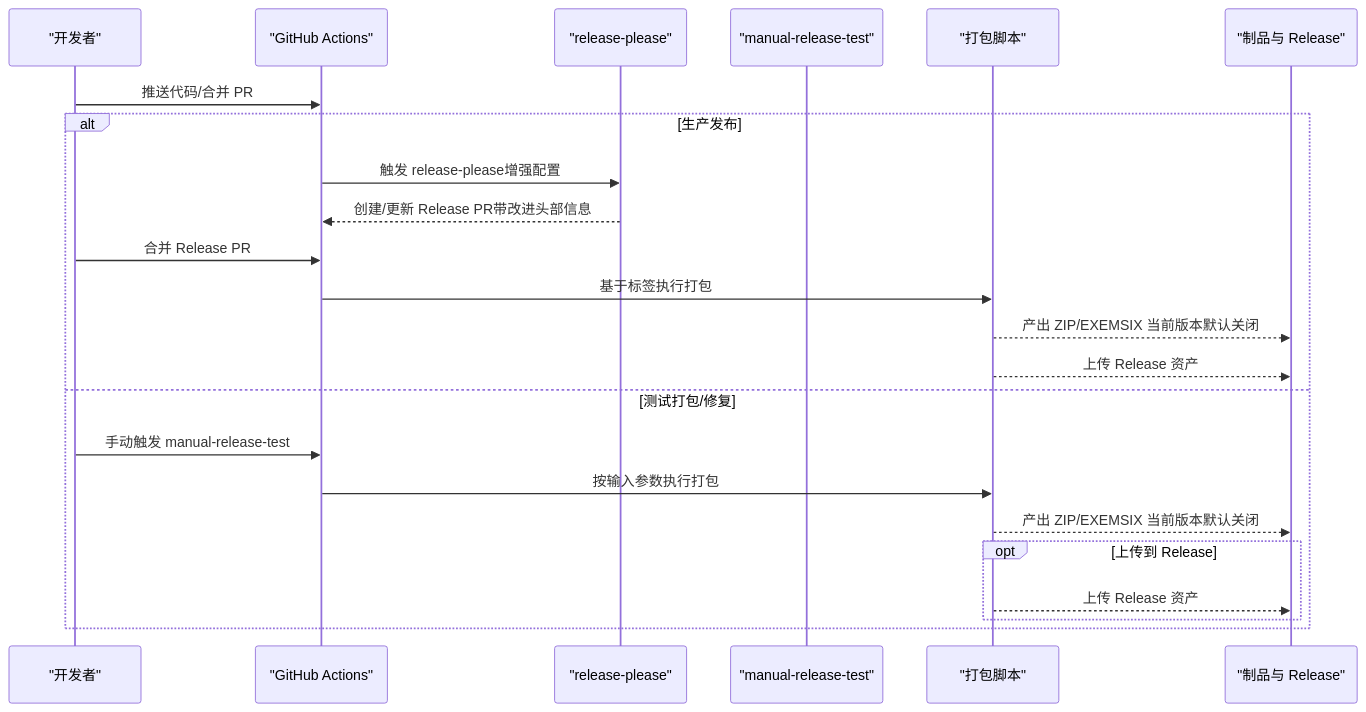
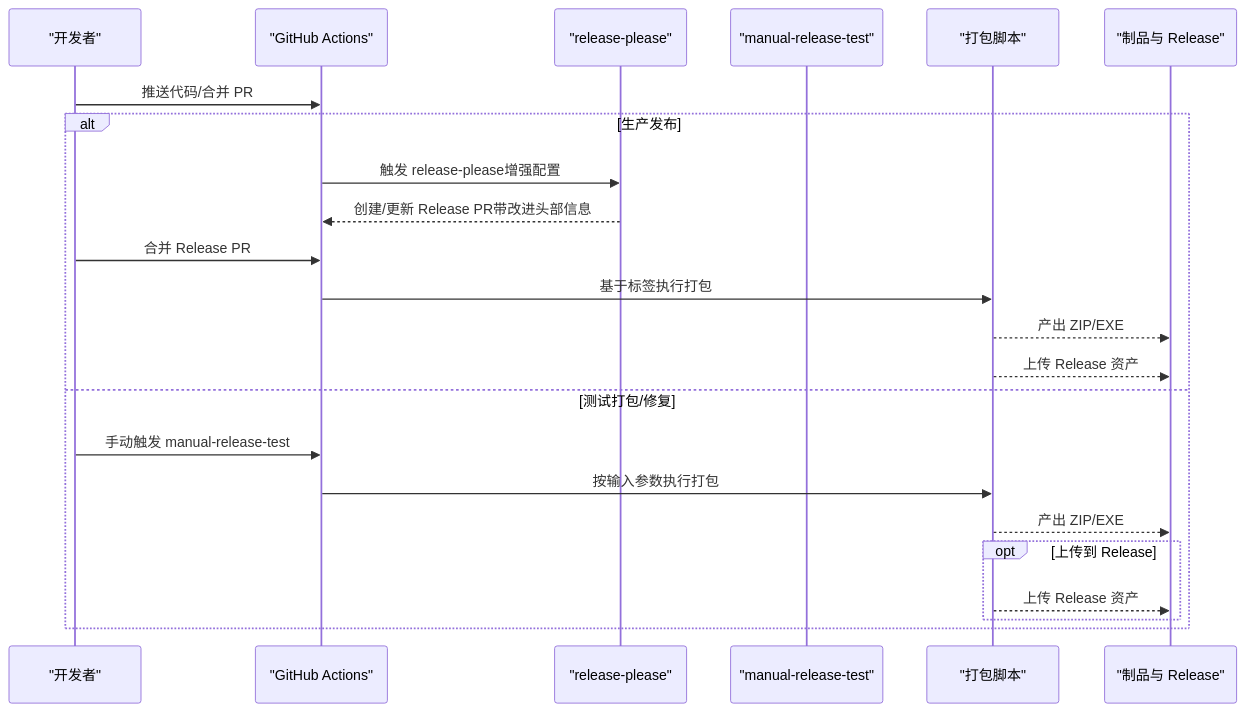
The second of 9 diagrams in .qoder/repowiki/zh/content/开发指南/部署与发布流程.md (terwer/autojs6-dev-tools), drawn with Mermaid before and after one commit. The commit also changed other lines of this file and 5 other files, not shown here.

````diff
--- a/.qoder/repowiki/zh/content/开发指南/部署与发布流程.md
+++ b/.qoder/repowiki/zh/content/开发指南/部署与发布流程.md
@@ -156,25 +157,25 @@
 ```mermaid
 sequenceDiagram
 participant Dev as "开发者"
 participant CI as "GitHub Actions"
 participant R_P as "release-please"
 participant MRT as "manual-release-test"
 participant Scripts as "打包脚本"
 participant Artifacts as "制品与 Release"
 Dev->>CI : 推送代码/合并 PR
 alt 生产发布
 CI->>R_P : 触发 release-please增强配置
 R_P-->>CI : 创建/更新 Release PR带改进头部信息
 Dev->>CI : 合并 Release PR
 CI->>Scripts : 基于标签执行打包
-Scripts-->>Artifacts : 产出 ZIP/EXEMSIX 当前版本默认关闭
+Scripts-->>Artifacts : 产出 ZIP/EXE
 Scripts-->>Artifacts : 上传 Release 资产
 else 测试打包/修复
 Dev->>CI : 手动触发 manual-release-test
 CI->>Scripts : 按输入参数执行打包
-Scripts-->>Artifacts : 产出 ZIP/EXEMSIX 当前版本默认关闭
+Scripts-->>Artifacts : 产出 ZIP/EXE
 opt 上传到 Release
 Scripts-->>Artifacts : 上传 Release 资产
 end
 end
 ```
````
